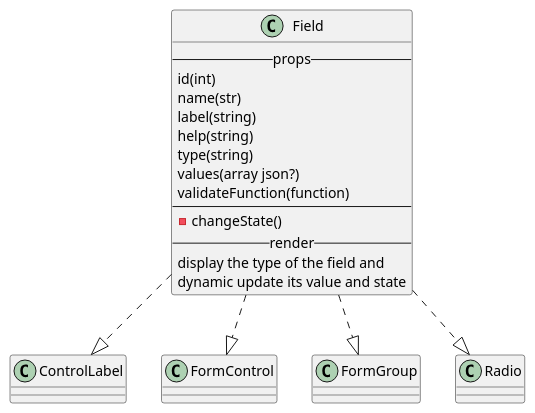
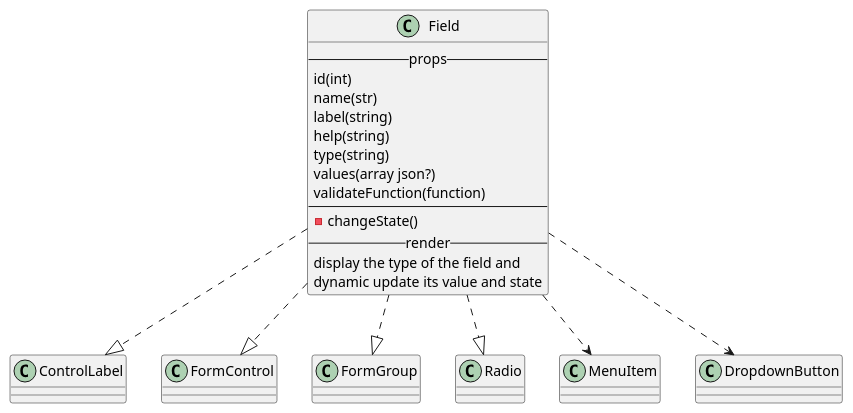
One commit to M9k/Marvin-Uml changed the diagram in react/custom/field.iuml. Above: the diagram before and after it, drawn with PlantUML. The commit also changed 4 other files, not shown here.

```diff
--- a/react/custom/field.iuml
+++ b/react/custom/field.iuml
@@ -1,19 +1,21 @@
 class Field{
     --props--
         id(int)
         name(str)
         label(string)
         help(string)
         type(string)
         values(array json?)
         validateFunction(function)
     ----
         - changeState()
     --render--
         display the type of the field and
         dynamic update its value and state
 }
 Field ..|> ControlLabel
 Field ..|> FormControl
 Field ..|> FormGroup
 Field ..|> Radio
+Field ..> MenuItem
+Field ..> DropdownButton
```
